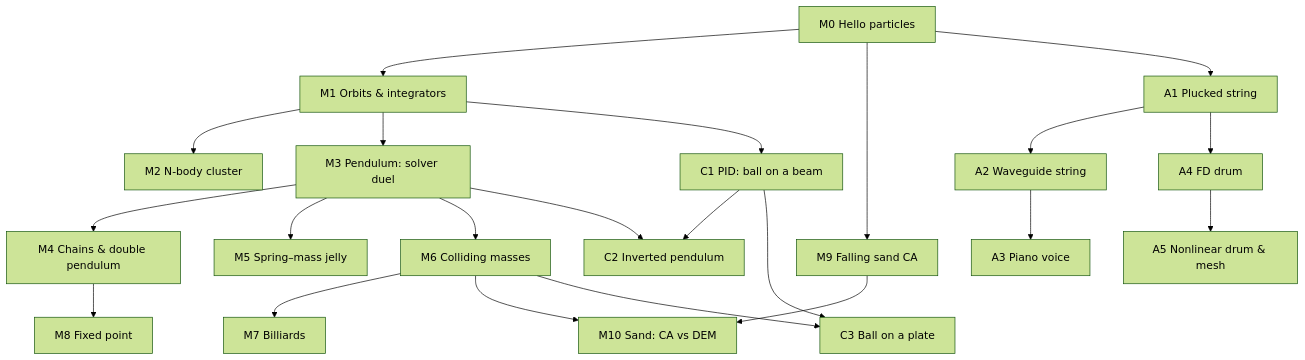
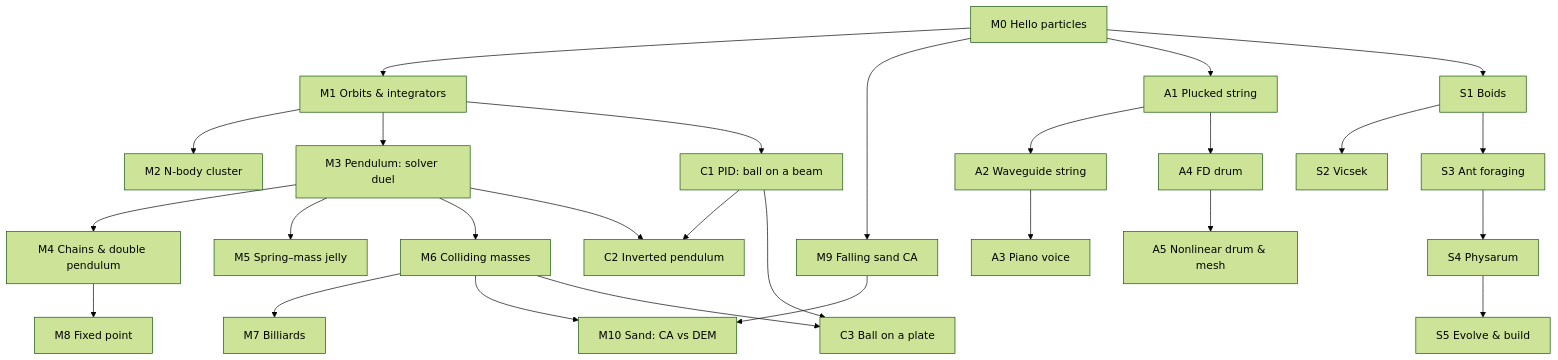
Before and after one commit to seanwilliamcarroll/physics: the diagram in docs/05-roadmap.md, drawn with Mermaid (forest theme). The commit also changed other lines of this file and 3 other files, not shown here.

First line of the commit message:
docs: the swarm track (S1-S5) in the roadmap, from the swarm notes (#141)

````diff
--- a/docs/05-roadmap.md
+++ b/docs/05-roadmap.md
@@ -16,24 +16,29 @@
 ```mermaid
 graph TD
   M0[M0 Hello particles] --> M1[M1 Orbits & integrators]
   M1 --> M2[M2 N-body cluster]
   M1 --> M3[M3 Pendulum: solver duel]
   M3 --> M4[M4 Chains & double pendulum]
   M3 --> M5[M5 Spring–mass jelly]
   M3 --> M6[M6 Colliding masses]
   M6 --> M7[M7 Billiards]
   M4 --> M8[M8 Fixed point]
   M0 --> M9[M9 Falling sand CA]
   M6 --> M10[M10 Sand: CA vs DEM]
   M9 --> M10
   M0 --> A1[A1 Plucked string]
   A1 --> A2[A2 Waveguide string]
   A2 --> A3[A3 Piano voice]
   A1 --> A4[A4 FD drum]
   A4 --> A5[A5 Nonlinear drum & mesh]
   M1 --> C1[C1 PID: ball on a beam]
   C1 --> C2[C2 Inverted pendulum]
   M3 --> C2
   C1 --> C3[C3 Ball on a plate]
   M6 --> C3
+  M0 --> S1[S1 Boids]
+  S1 --> S2[S2 Vicsek]
+  S1 --> S3[S3 Ant foraging]
+  S3 --> S4[S4 Physarum]
+  S4 --> S5[S5 Evolve & build]
 ```
````
